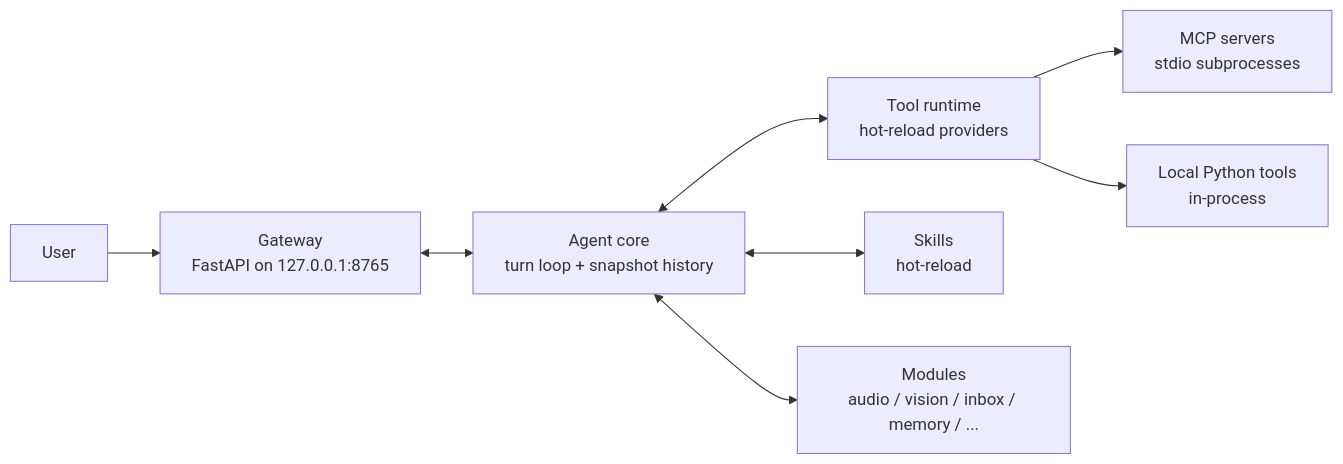
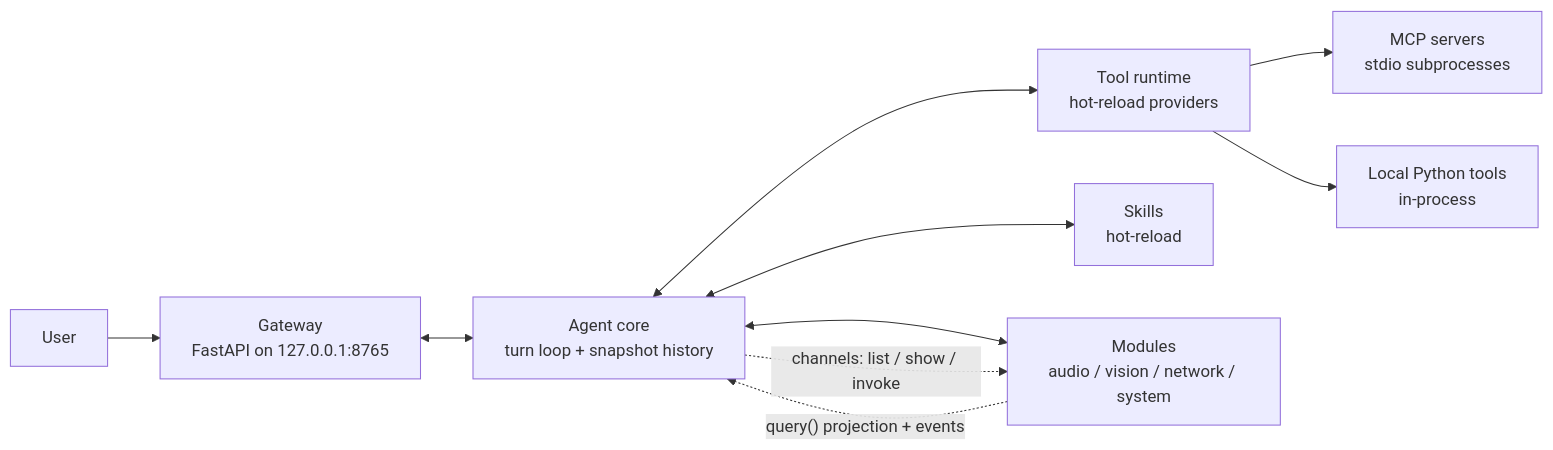
Before and after one commit to DarkSpaceY/NAN-itself: the first of 4 diagrams in README.md, drawn with Mermaid. The commit also changed other lines of this file and 6 other files, not shown here.

````diff
--- a/README.md
+++ b/README.md
@@ -37,10 +42,12 @@
 ```mermaid
 flowchart LR
     U[User] --> G[Gateway<br/>FastAPI on 127.0.0.1:8765]
     G <--> C[Agent core<br/>turn loop + snapshot history]
     C <--> T[Tool runtime<br/>hot-reload providers]
     T --> MCP[MCP servers<br/>stdio subprocesses]
     T --> LP[Local Python tools<br/>in-process]
     C <--> SK[Skills<br/>hot-reload]
-    C <--> MD[Modules<br/>audio / vision / inbox / memory / ...]
+    C <--> MD[Modules<br/>audio / vision / network / system]
+    C -. "channels: list / show / invoke" .-> MD
+    MD -. "query() projection + events" .-> C
 ```
````
